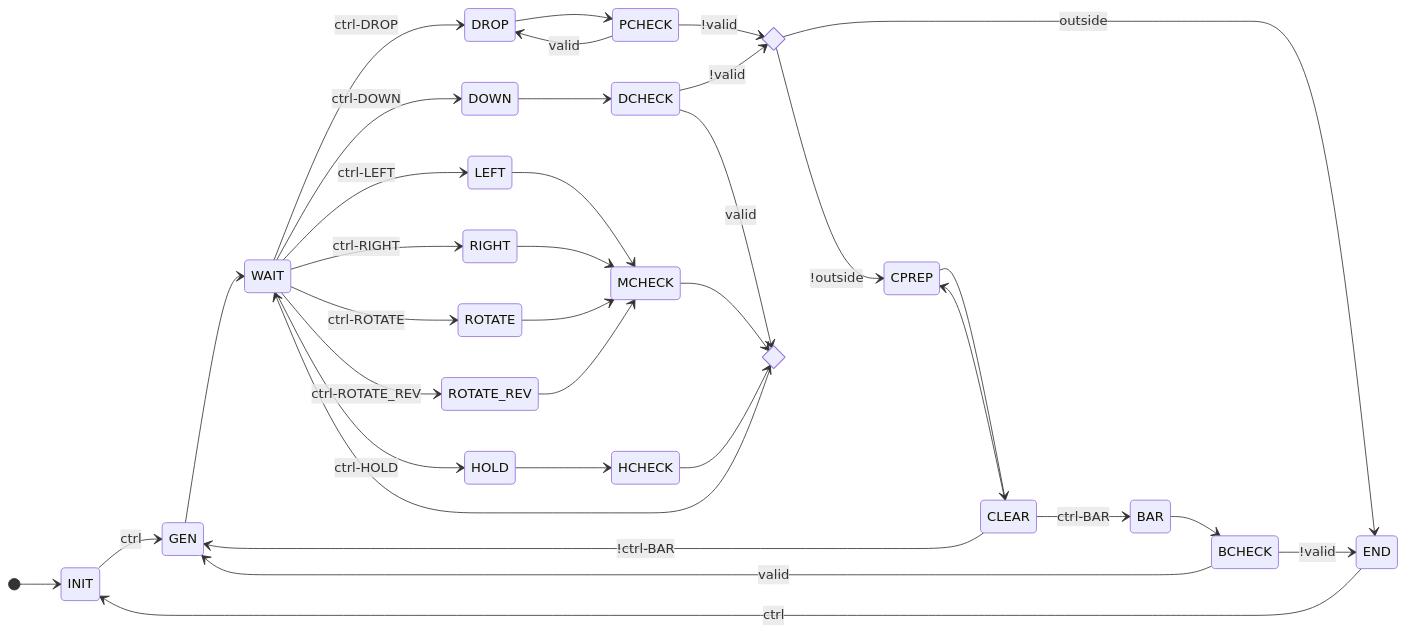
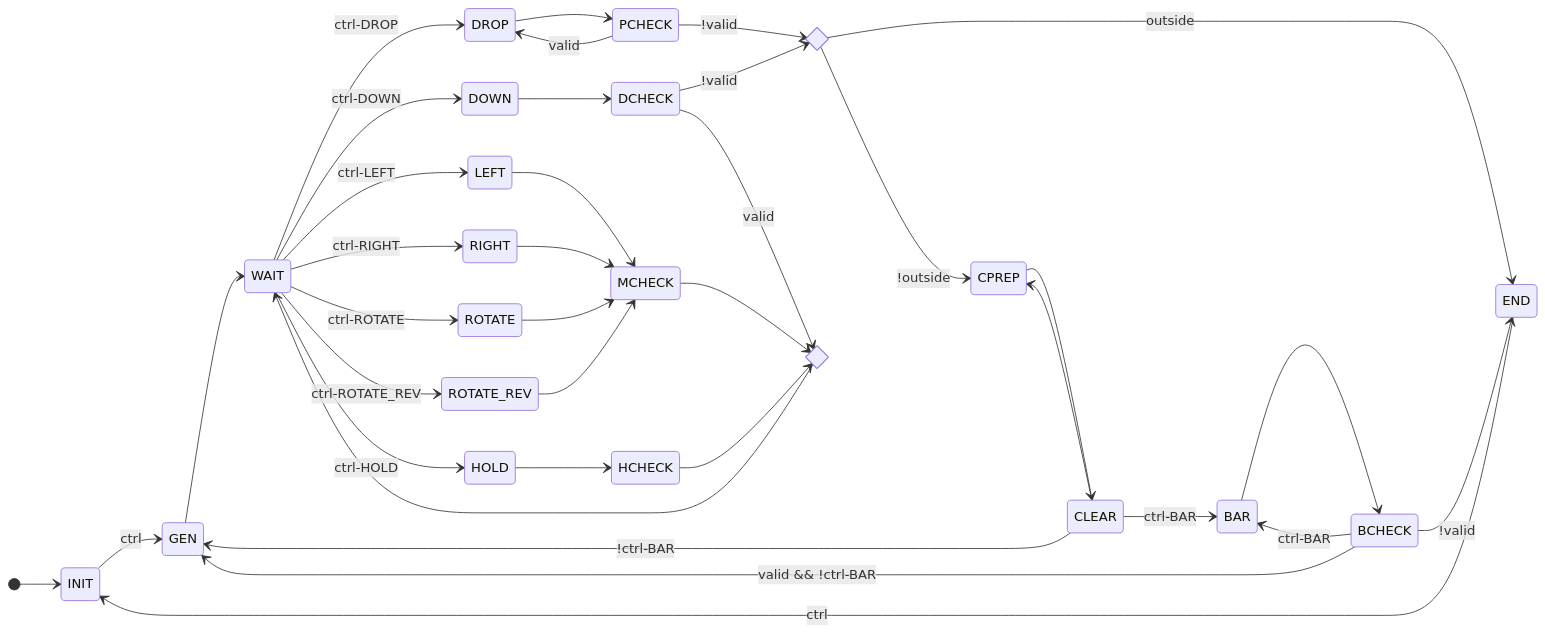
One commit to nella17/NYCU-DCLab-2022-Final changed the second of 3 diagrams in README.md. Above: the diagram before and after it, drawn with Mermaid. The commit also changed other lines of this file, not shown here.

Commit message:
add bar README

````diff
--- a/README.md
+++ b/README.md
@@ -78,40 +80,41 @@
 ```mermaid
 stateDiagram-v2
 direction LR
 [*] --> INIT
 INIT --> GEN    : ctrl
 GEN --> WAIT
 WAIT --> DROP   : ctrl-DROP
 WAIT --> DOWN   : ctrl-DOWN
 WAIT --> LEFT   : ctrl-LEFT
 WAIT --> RIGHT  : ctrl-RIGHT
 WAIT --> ROTATE : ctrl-ROTATE
 WAIT --> ROTATE_REV : ctrl-ROTATE_REV
 WAIT --> HOLD   : ctrl-HOLD
 DROP --> PCHECK
 DOWN --> DCHECK
 LEFT --> MCHECK
 RIGHT --> MCHECK
 ROTATE --> MCHECK
 ROTATE_REV --> MCHECK
 HOLD --> HCHECK
 BAR --> BCHECK
 PCHECK --> DROP     : valid
 state CLEAR_END <<choice>>
 state WAIT_ <<choice>>
 PCHECK --> CLEAR_END : !valid
 DCHECK --> CLEAR_END : !valid
 DCHECK --> WAIT_     : valid
 MCHECK --> WAIT_
 HCHECK --> WAIT_
 WAIT_ --> WAIT
 CLEAR_END --> CPREP  : !outside
 CLEAR_END --> END    : outside
 END --> INIT         : ctrl
 CPREP --> CLEAR
 CLEAR --> CPREP
 CLEAR --> GEN        : !ctrl-BAR
 CLEAR --> BAR        : ctrl-BAR
-BCHECK --> GEN       : valid
 BCHECK --> END       : !valid
+BCHECK --> BAR       : ctrl-BAR
+BCHECK --> GEN       : valid && !ctrl-BAR
 ```
````
